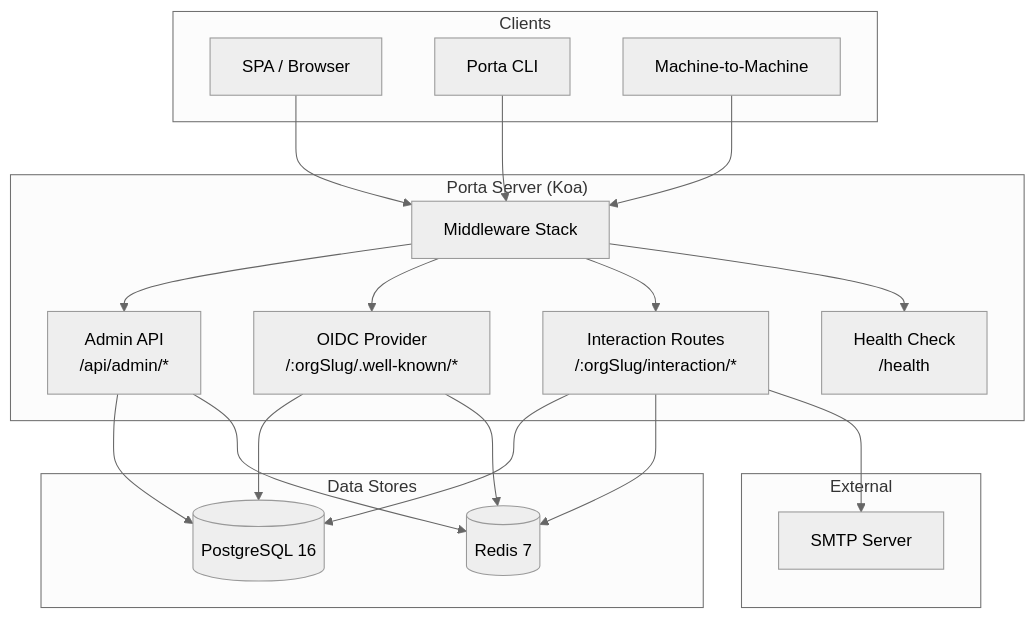
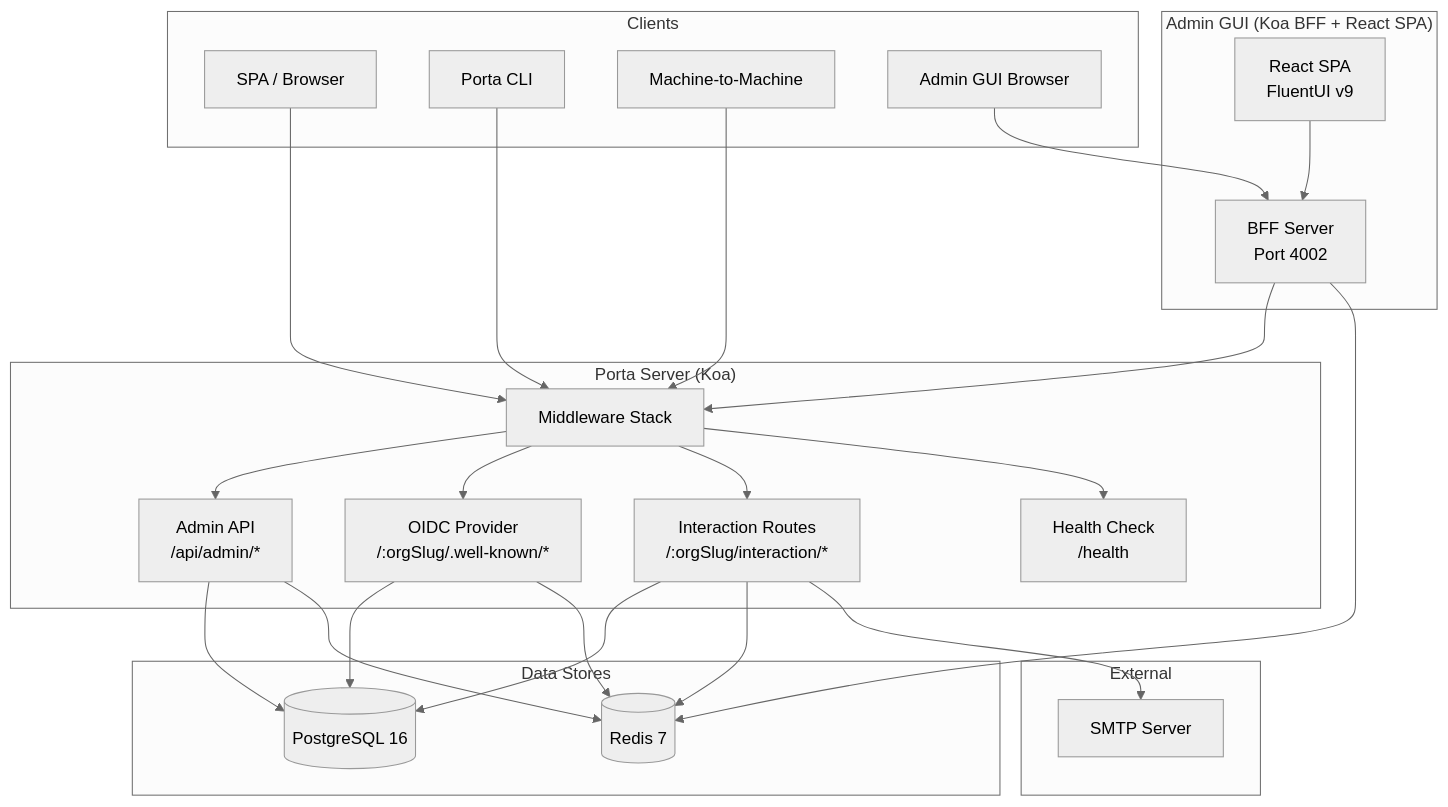
Before and after one commit to blendsdk/porta-identity: the first of 3 diagrams in docs/implementation-details/architecture/system-overview.md, drawn with Mermaid (neutral theme). The commit also changed other lines of this file and 11 other files, not shown here.

First line of the commit message:
docs(techdocs): comprehensive update — add Admin GUI architecture, BFF security, ADR-013

````diff
--- a/docs/implementation-details/architecture/system-overview.md
+++ b/docs/implementation-details/architecture/system-overview.md
@@ -9,40 +9,50 @@
 ```mermaid
 graph TB
     subgraph Clients
         SPA[SPA / Browser]
         CLI[Porta CLI]
         M2M[Machine-to-Machine]
+        AGUI[Admin GUI Browser]
     end
 
     subgraph "Porta Server (Koa)"
         MW[Middleware Stack]
         ADMIN[Admin API<br/>/api/admin/*]
         OIDC[OIDC Provider<br/>/:orgSlug/.well-known/*]
         INT[Interaction Routes<br/>/:orgSlug/interaction/*]
         HEALTH[Health Check<br/>/health]
+    end
+
+    subgraph "Admin GUI (Koa BFF + React SPA)"
+        BFF[BFF Server<br/>Port 4002]
+        REACT[React SPA<br/>FluentUI v9]
     end
 
     subgraph "Data Stores"
         PG[(PostgreSQL 16)]
         RD[(Redis 7)]
     end
 
     subgraph "External"
         SMTP[SMTP Server]
     end
 
     SPA --> MW
     CLI --> MW
     M2M --> MW
+    AGUI --> BFF
+    BFF --> MW
+    REACT --> BFF
     MW --> ADMIN
     MW --> OIDC
     MW --> INT
     MW --> HEALTH
     ADMIN --> PG
     ADMIN --> RD
     OIDC --> PG
     OIDC --> RD
     INT --> PG
     INT --> RD
     INT --> SMTP
+    BFF --> RD
 ```
````
